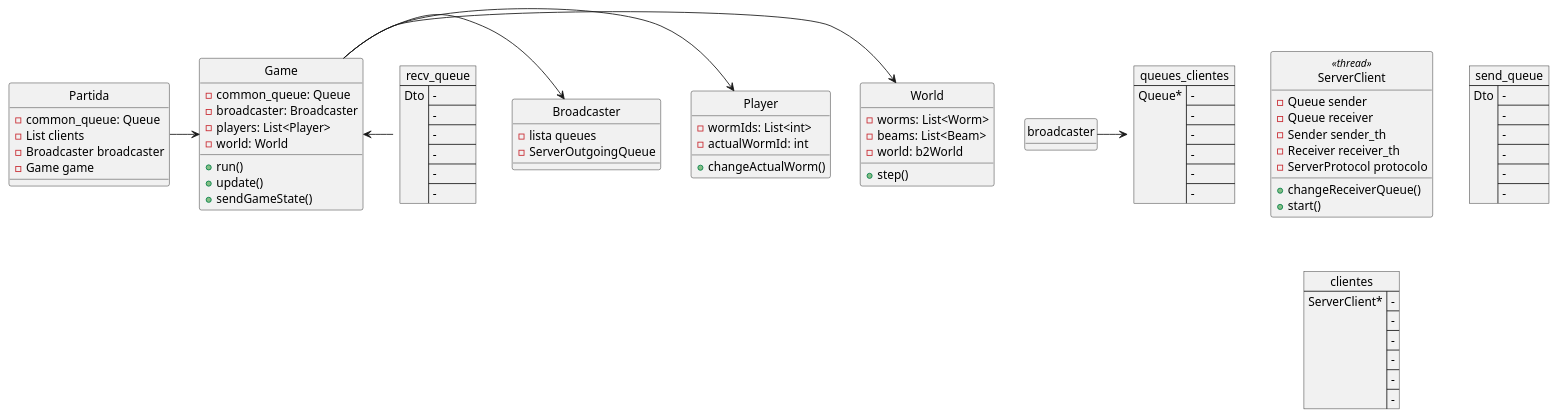
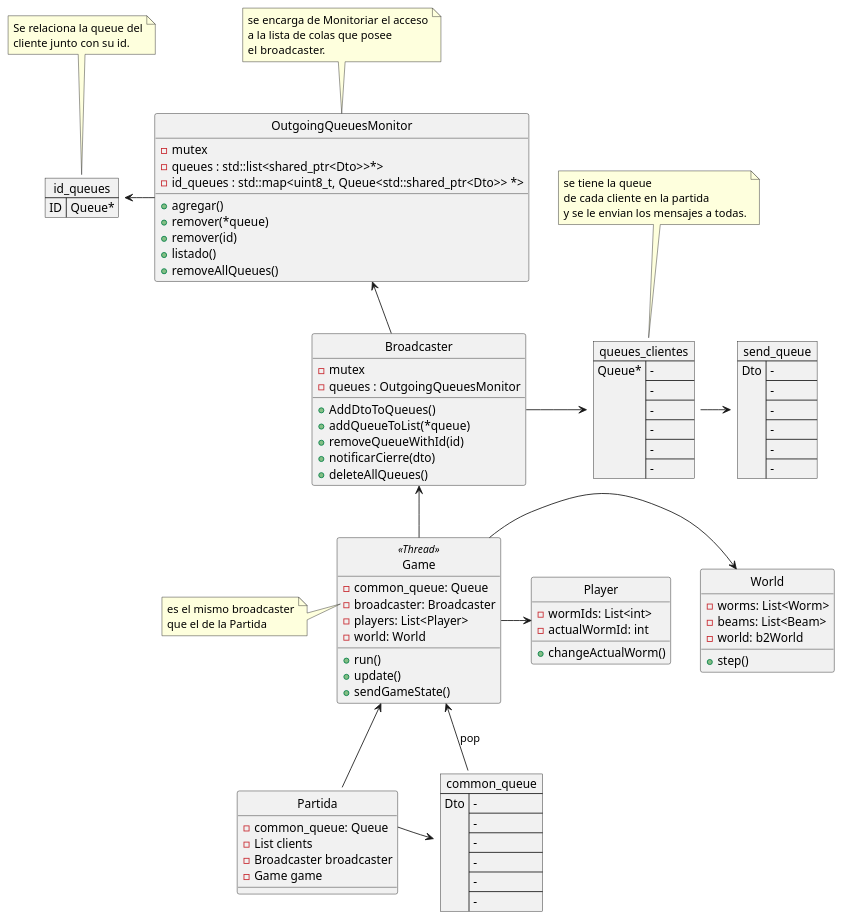
One commit to AlanValdevenito/Worms changed the diagram in documentacion/diagramas/clase/server_game.puml. Above: the diagram before and after it, drawn with PlantUML. The commit also changed 2 other files, not shown here.

Commit message:
actualizacion diagrama server game

```diff
--- a/documentacion/diagramas/clase/server_game.puml
+++ b/documentacion/diagramas/clase/server_game.puml
@@ -1,79 +1,111 @@
 @startuml
 hide empty attributes
     hide circle
-
-
-   
-
-    class ServerClient <<thread>>{
-        - Queue sender
-        - Queue receiver
-        - Sender sender_th
-        - Receiver receiver_th
-        - ServerProtocol protocolo
-        + changeReceiverQueue()
-        + start()
-    } 
     
     class Partida {
         - common_queue: Queue
         - List clients
         - Broadcaster broadcaster
         - Game game
         
     }
 
 
     class Broadcaster {
-     - lista queues
-     - ServerOutgoingQueue
-     }
+     - mutex
+     - queues : OutgoingQueuesMonitor
+     +AddDtoToQueues()
+     +addQueueToList(*queue)
+     +removeQueueWithId(id)
+     +notificarCierre(dto)
+     +deleteAllQueues()
+    }
+
+    class OutgoingQueuesMonitor {
+     - mutex
+     - queues : std::list<shared_ptr<Dto>>*>
+     - id_queues : std::map<uint8_t, Queue<std::shared_ptr<Dto>> *>
+     +agregar()
+     +remover(*queue)
+     +remover(id)
+     +listado()
+     +removeAllQueues()
+    }
 
     class Player{
          - wormIds: List<int>
          - actualWormId: int
          + changeActualWorm()
     } 
 
-   class Game {
+   class Game <<Thread>> {
         - common_queue: Queue
         - broadcaster: Broadcaster
         - players: List<Player> 
         - world: World
         + run()
         + update()
         + sendGameState()
     }
 
     class World {
         - worms: List<Worm>
         - beams: List<Beam>
         - world: b2World
         + step()
     }
 
 json send_queue {
    "Dto":["-", "-","-", "-","-", "-"]
 }
 
-json recv_queue {
+json common_queue {
    "Dto":["-", "-","-", "-","-", "-"]
-}
-
-json clientes {
-   "ServerClient*":["-", "-","-", "-","-", "-"]
 }
 
 
 json queues_clientes {
    "Queue*":["-", "-","-", "-","-", "-"]
 }
 
-Partida -> Game
+json id_queues {
+   "ID":["Queue*"]
+}
+
+Partida -up-> Game
+Partida::common_queue -> common_queue
 Game -> World
 Game -> Player
-Game -> Broadcaster
-Game <- recv_queue
+Game -up-> Broadcaster
+Game <-left- common_queue : pop
 
-broadcaster -> queues_clientes
+Broadcaster -> queues_clientes
+Broadcaster -up-> OutgoingQueuesMonitor
+OutgoingQueuesMonitor -left-> id_queues
+queues_clientes -> send_queue
+
+note left of Game::broadcaster
+es el mismo broadcaster
+que el de la Partida
+end note 
+
+note top of queues_clientes
+se tiene la queue
+de cada cliente en la partida
+y se le envian los mensajes a todas.
+end note
+
+
+note top of OutgoingQueuesMonitor
+se encarga de Monitoriar el acceso
+a la lista de colas que posee
+el broadcaster.
+end note
+
+
+note top of id_queues
+Se relaciona la queue del
+cliente junto con su id.
+end note
+
 @enduml
```
